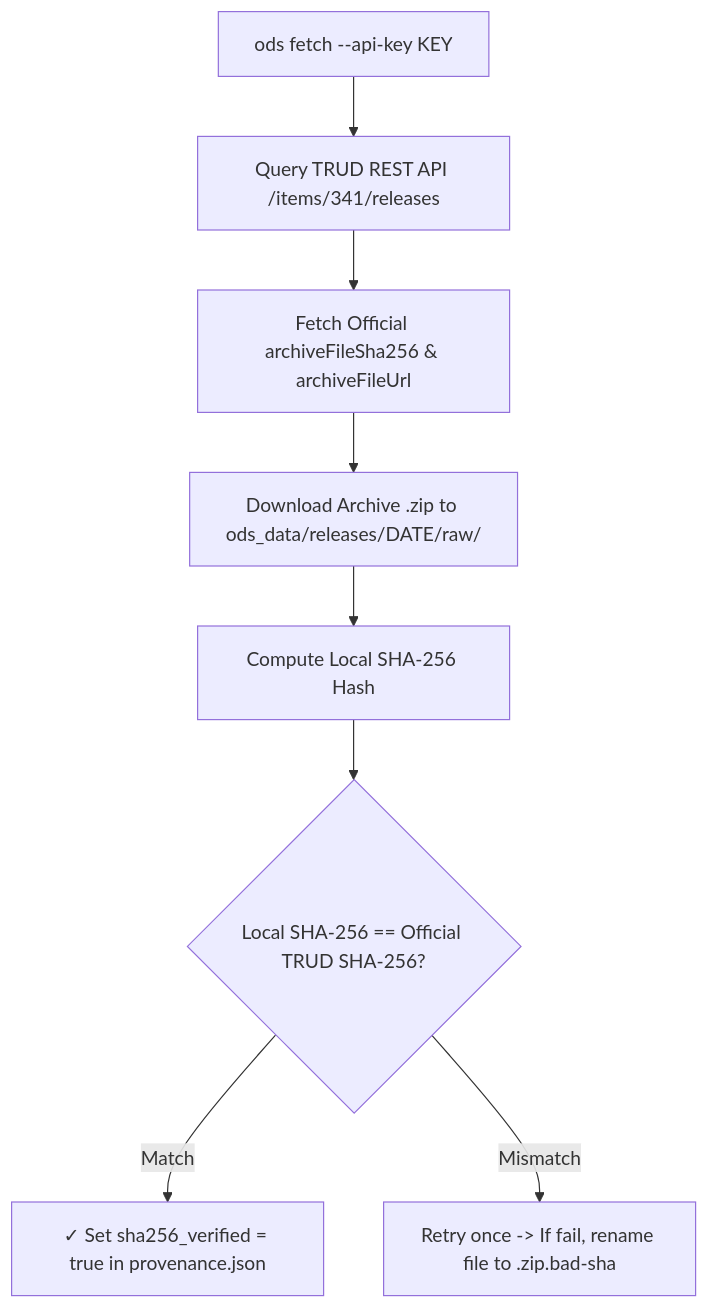
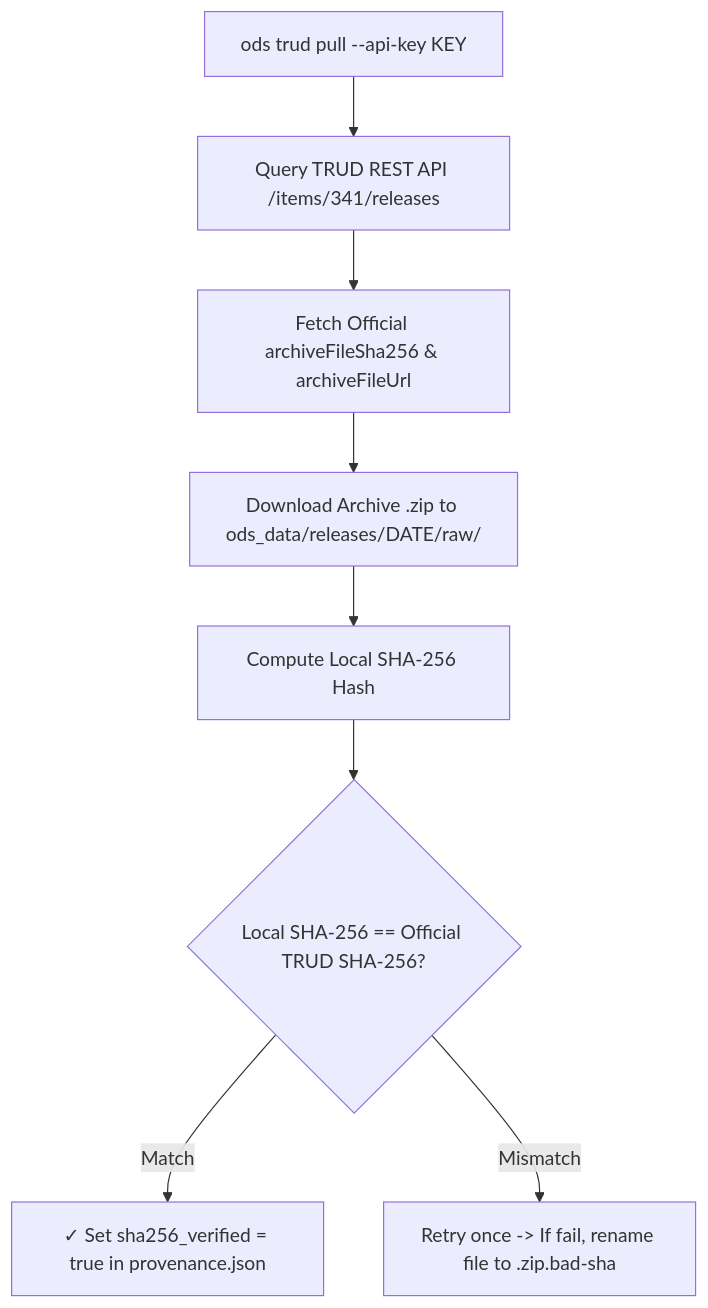
The diagram in docs/provenance.md (olizilla/ods), drawn with Mermaid before and after one commit. The commit also changed 10 other files, not shown here.

First line of the commit message:
chore: TRUD_API_KEY as env var name

````diff
--- a/docs/provenance.md
+++ b/docs/provenance.md
@@ -70,10 +70,10 @@
 ```mermaid
 flowchart TD
-    A[ods fetch --api-key KEY] --> B[Query TRUD REST API /items/341/releases]
+    A[ods trud pull --api-key KEY] --> B[Query TRUD REST API /items/341/releases]
     B --> C[Fetch Official archiveFileSha256 & archiveFileUrl]
     C --> D[Download Archive .zip to ods_data/releases/DATE/raw/]
     D --> E[Compute Local SHA-256 Hash]
     E --> F{Local SHA-256 == Official TRUD SHA-256?}
     F -- Match --> G[✓ Set sha256_verified = true in provenance.json]
     F -- Mismatch --> H[Retry once -> If fail, rename file to .zip.bad-sha]
 ```
````
